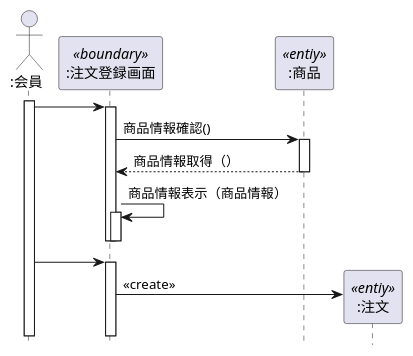
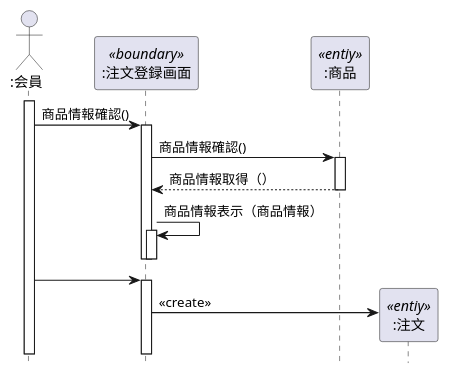
The diagram in 演習4-4_SD_商品注文.pu (kikuchihibiki/uml-introduction), drawn with PlantUML before and after one commit. The commit also changed 1 other file, not shown here.

```diff
--- a/演習4-4_SD_商品注文.pu
+++ b/演習4-4_SD_商品注文.pu
@@ -1,25 +1,25 @@
 @startuml
 hide footbox
 Actor ":会員" as a
 participant ":注文登録画面" as b <<boundary>>
 participant ":商品" as c <<entiy>>
 participant ":注文" as d <<entiy>>
 
 
 activate a
-a->b
+a->b:商品情報確認()
 activate b       
 b->c:商品情報確認()
 activate c
 c-->b:商品情報取得（）
 deactivate c
 b->b:商品情報表示（商品情報）
 activate b
 deactivate b
 deactivate b
 a->b:
 activate b
 create d
 b->d:<<create>>
    
 @enduml
```
